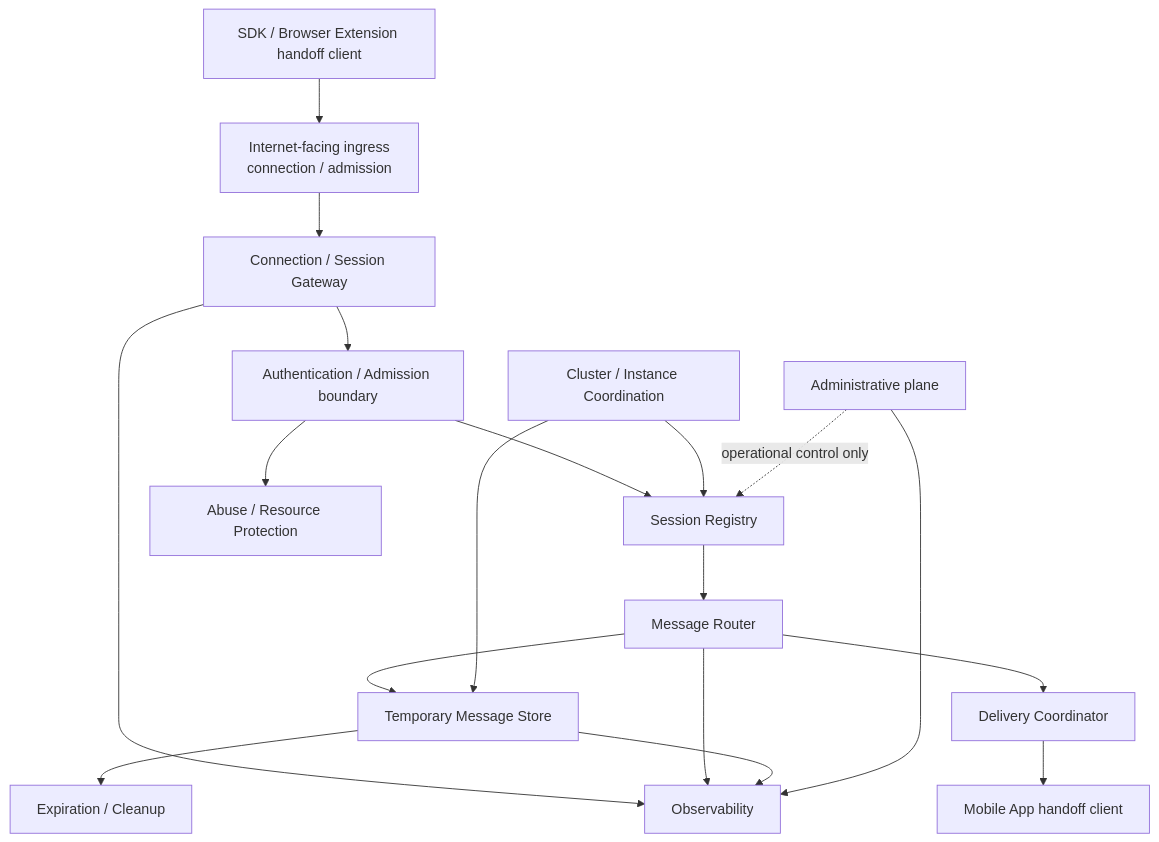
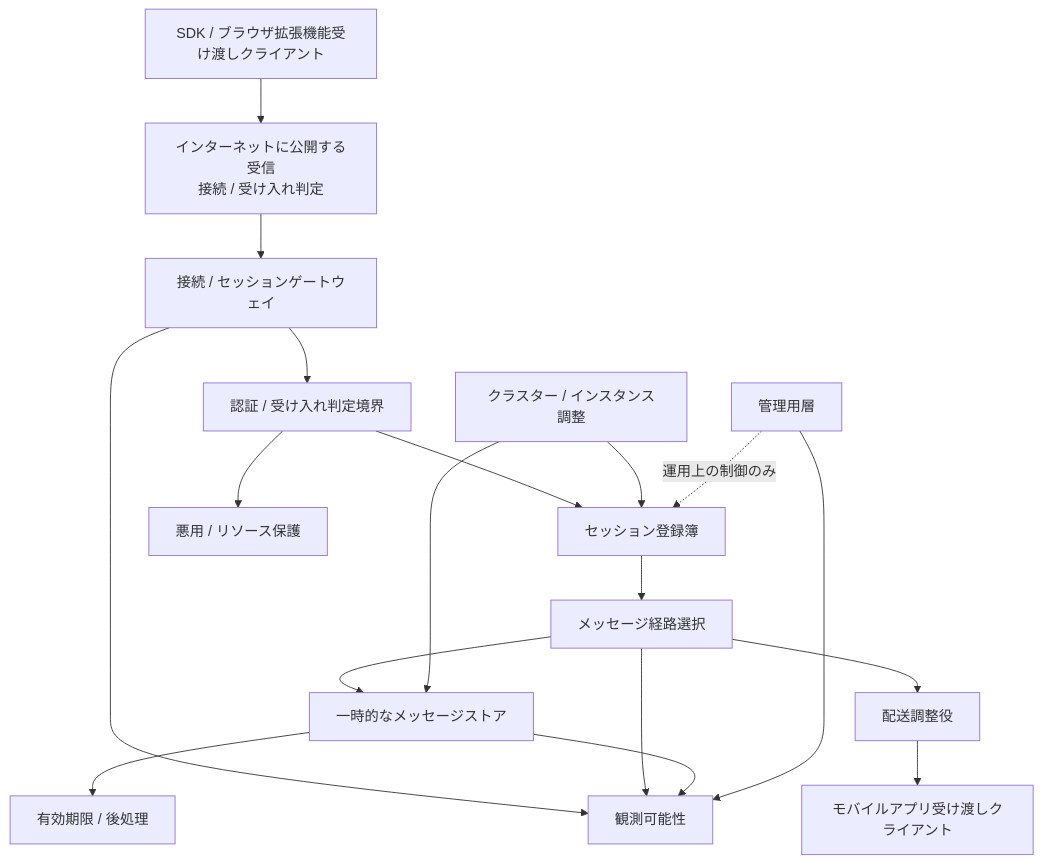
The diagram in docs/design/relay.md (MosaicLynx/MosaicLynx), drawn with Mermaid before and after one commit. The commit also changed other lines of this file and 135 other files, not shown here.

````diff
--- a/docs/design/relay.md
+++ b/docs/design/relay.md
@@ -70,30 +70,30 @@
 ```mermaid
 flowchart TB
-    C1[SDK / Browser Extension handoff client]
-    I[Internet-facing ingress<br/>connection / admission]
-    G[Connection / Session Gateway]
-    A[Authentication / Admission boundary]
-    R[Session Registry]
-    M[Message Router]
-    T[Temporary Message Store]
-    D[Delivery Coordinator]
-    X[Expiration / Cleanup]
-    P[Abuse / Resource Protection]
-    O[Observability]
-    K[Cluster / Instance Coordination]
-    C2[Mobile App handoff client]
-    AP[Administrative plane]
+    C1[SDK / ブラウザ拡張機能受け渡しクライアント]
+    I[インターネットに公開する受信<br/>接続 / 受け入れ判定]
+    G[接続 / セッションゲートウェイ]
+    A[認証 / 受け入れ判定境界]
+    R[セッション登録簿]
+    M[メッセージ経路選択]
+    T[一時的なメッセージストア]
+    D[配送調整役]
+    X[有効期限 / 後処理]
+    P[悪用 / リソース保護]
+    O[観測可能性]
+    K[クラスター / インスタンス調整]
+    C2[モバイルアプリ受け渡しクライアント]
+    AP[管理用層]
 
     C1 --> I --> G --> A --> R
     A --> P
     R --> M --> T
     M --> D --> C2
     T --> X
     G --> O
     M --> O
     T --> O
     K --> R
     K --> T
     AP --> O
-    AP -. operational control only .-> R
+    AP -. 運用上の制御のみ .-> R
 ```
````
